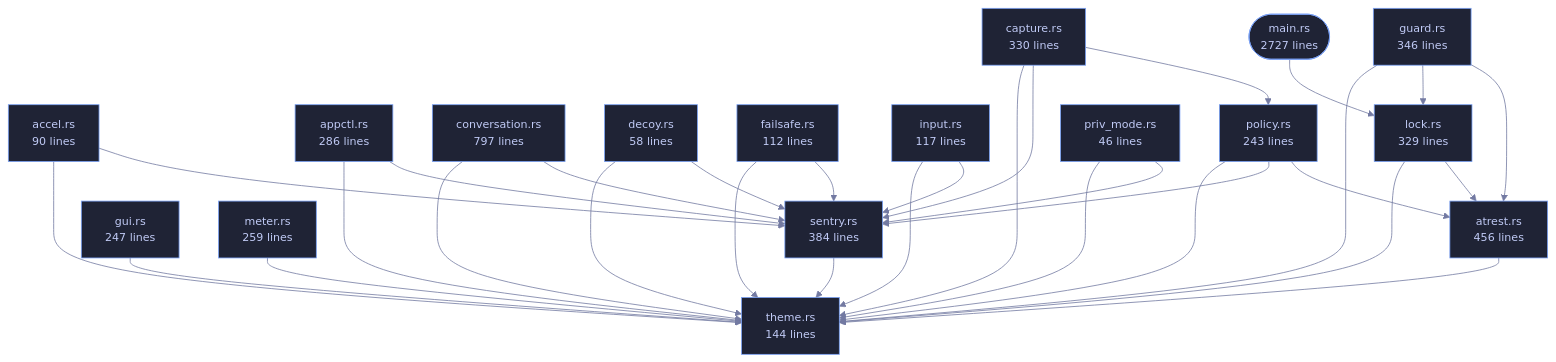
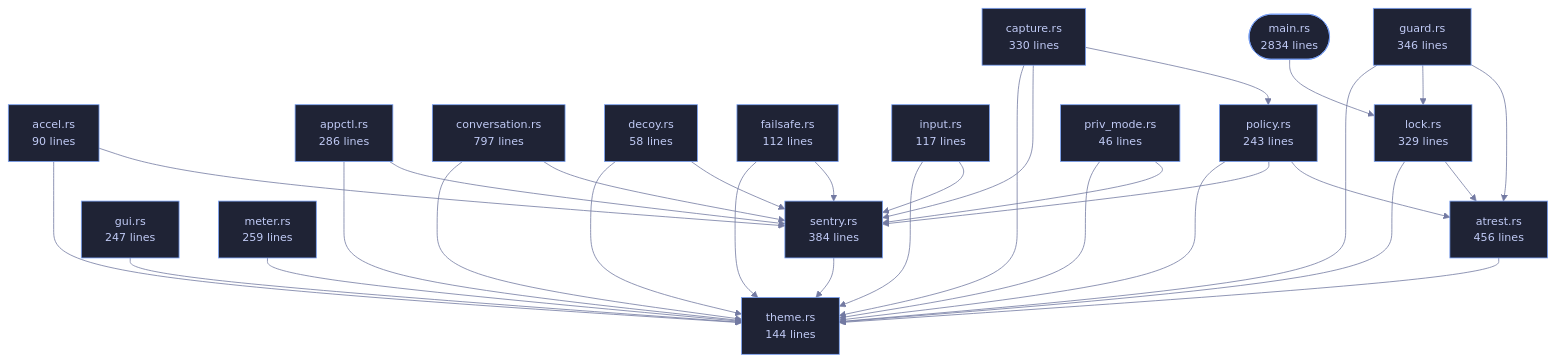
The diagram in crates/veilvoice-cli/README.md (tilas01/veilvoice), drawn with Mermaid before and after one commit. The commit also changed other lines of this file and 94 other files, not shown here.

````diff
--- a/crates/veilvoice-cli/README.md
+++ b/crates/veilvoice-cli/README.md
@@ -110,68 +110,68 @@
 ```mermaid
 %%{init: {"theme":"base","themeVariables":{"background":"#1a1b26","primaryColor":"#1f2335","primaryTextColor":"#c0caf5","primaryBorderColor":"#7aa2f7","secondaryColor":"#16161e","tertiaryColor":"#16161e","lineColor":"#737aa2","textColor":"#c0caf5","mainBkg":"#1f2335","nodeBorder":"#7aa2f7","clusterBkg":"#16161e","clusterBorder":"#2f3549","fontFamily":"ui-monospace, SFMono-Regular, Consolas, monospace","fontSize":"14px"}}}%%
 flowchart TD
-    n_main(["main.rs<br/>2727 lines"])
+    n_main(["main.rs<br/>2834 lines"])
     n_accel["accel.rs<br/>90 lines"]
     n_appctl["appctl.rs<br/>286 lines"]
     n_atrest["atrest.rs<br/>456 lines"]
     n_capture["capture.rs<br/>330 lines"]
     n_conversation["conversation.rs<br/>797 lines"]
     n_decoy["decoy.rs<br/>58 lines"]
     n_failsafe["failsafe.rs<br/>112 lines"]
     n_guard["guard.rs<br/>346 lines"]
     n_gui["gui.rs<br/>247 lines"]
     n_input["input.rs<br/>117 lines"]
     n_lock["lock.rs<br/>329 lines"]
     n_meter["meter.rs<br/>259 lines"]
     n_policy["policy.rs<br/>243 lines"]
     n_priv_mode["priv_mode.rs<br/>46 lines"]
     n_sentry["sentry.rs<br/>384 lines"]
     n_theme["theme.rs<br/>144 lines"]
     n_accel --> n_sentry
     n_accel --> n_theme
     n_appctl --> n_sentry
     n_appctl --> n_theme
     n_atrest --> n_theme
     n_capture --> n_policy
     n_capture --> n_sentry
     n_capture --> n_theme
     n_conversation --> n_sentry
     n_conversation --> n_theme
     n_decoy --> n_sentry
     n_decoy --> n_theme
     n_failsafe --> n_sentry
     n_failsafe --> n_theme
     n_guard --> n_atrest
     n_guard --> n_lock
     n_guard --> n_theme
     n_gui --> n_theme
     n_input --> n_sentry
     n_input --> n_theme
     n_lock --> n_atrest
     n_lock --> n_theme
     n_main --> n_lock
     n_meter --> n_theme
     n_policy --> n_atrest
     n_policy --> n_sentry
     n_policy --> n_theme
     n_priv_mode --> n_sentry
     n_priv_mode --> n_theme
     n_sentry --> n_theme
     click n_main href "https://github.com/tilas01/veilvoice/blob/main/crates/veilvoice-cli/src/main.rs" "open the source"
     click n_accel href "https://github.com/tilas01/veilvoice/blob/main/crates/veilvoice-cli/src/accel.rs" "open the source"
     click n_appctl href "https://github.com/tilas01/veilvoice/blob/main/crates/veilvoice-cli/src/appctl.rs" "open the source"
     click n_atrest href "https://github.com/tilas01/veilvoice/blob/main/crates/veilvoice-cli/src/atrest.rs" "open the source"
     click n_capture href "https://github.com/tilas01/veilvoice/blob/main/crates/veilvoice-cli/src/capture.rs" "open the source"
     click n_conversation href "https://github.com/tilas01/veilvoice/blob/main/crates/veilvoice-cli/src/conversation.rs" "open the source"
     click n_decoy href "https://github.com/tilas01/veilvoice/blob/main/crates/veilvoice-cli/src/decoy.rs" "open the source"
     click n_failsafe href "https://github.com/tilas01/veilvoice/blob/main/crates/veilvoice-cli/src/failsafe.rs" "open the source"
     click n_guard href "https://github.com/tilas01/veilvoice/blob/main/crates/veilvoice-cli/src/guard.rs" "open the source"
     click n_gui href "https://github.com/tilas01/veilvoice/blob/main/crates/veilvoice-cli/src/gui.rs" "open the source"
     click n_input href "https://github.com/tilas01/veilvoice/blob/main/crates/veilvoice-cli/src/input.rs" "open the source"
     click n_lock href "https://github.com/tilas01/veilvoice/blob/main/crates/veilvoice-cli/src/lock.rs" "open the source"
     click n_meter href "https://github.com/tilas01/veilvoice/blob/main/crates/veilvoice-cli/src/meter.rs" "open the source"
     click n_policy href "https://github.com/tilas01/veilvoice/blob/main/crates/veilvoice-cli/src/policy.rs" "open the source"
     click n_priv_mode href "https://github.com/tilas01/veilvoice/blob/main/crates/veilvoice-cli/src/priv_mode.rs" "open the source"
     click n_sentry href "https://github.com/tilas01/veilvoice/blob/main/crates/veilvoice-cli/src/sentry.rs" "open the source"
     click n_theme href "https://github.com/tilas01/veilvoice/blob/main/crates/veilvoice-cli/src/theme.rs" "open the source"
 ```
````
